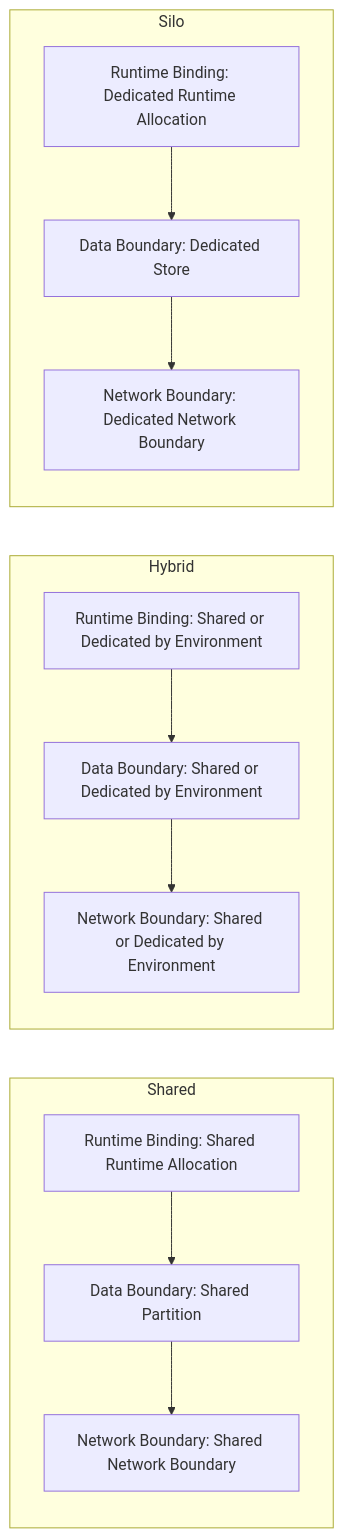
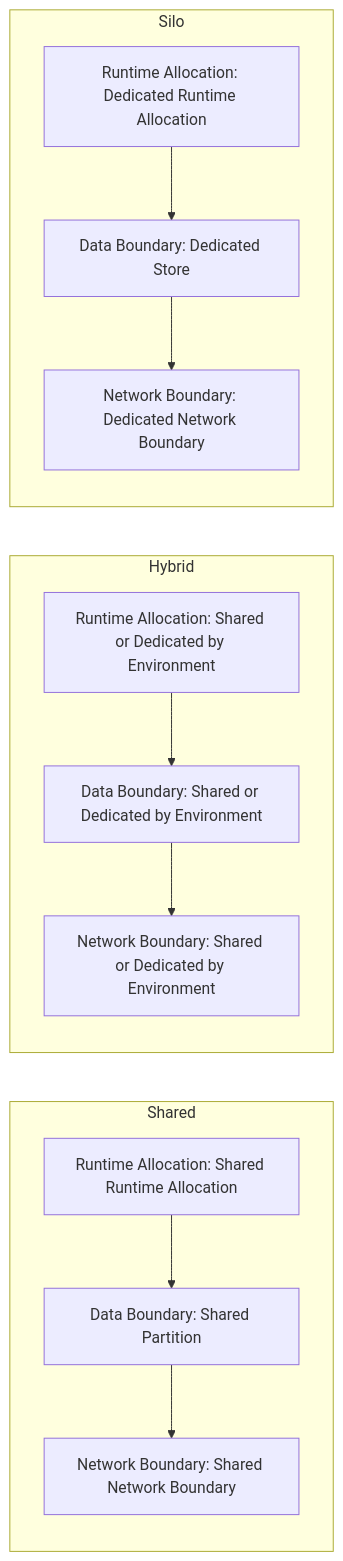
Before and after one commit to stefan-karlsson/software-architecture: the diagram in documentation/arc42/07_deployment_view.adoc, drawn with Mermaid. The commit also changed other lines of this file and 25 other files, not shown here.

First line of the commit message:
feat: Refactor architecture documentation for Platform Control Plane

```diff
--- a/documentation/arc42/07_deployment_view.adoc
+++ b/documentation/arc42/07_deployment_view.adoc
@@ -11,24 +11,24 @@
 [mermaid, format=svg]
 ....
 flowchart LR
   subgraph Shared["Shared"]
-    SR["Runtime Binding: Shared Runtime Allocation"]
+    SR["Runtime Allocation: Shared Runtime Allocation"]
     SD["Data Boundary: Shared Partition"]
     SN["Network Boundary: Shared Network Boundary"]
     SR --> SD --> SN
   end
 
   subgraph Hybrid["Hybrid"]
-    HR["Runtime Binding: Shared or Dedicated by Environment"]
+    HR["Runtime Allocation: Shared or Dedicated by Environment"]
     HD["Data Boundary: Shared or Dedicated by Environment"]
     HN["Network Boundary: Shared or Dedicated by Environment"]
     HR --> HD --> HN
   end
 
   subgraph Silo["Silo"]
-    XR["Runtime Binding: Dedicated Runtime Allocation"]
+    XR["Runtime Allocation: Dedicated Runtime Allocation"]
     XD["Data Boundary: Dedicated Store"]
     XN["Network Boundary: Dedicated Network Boundary"]
     XR --> XD --> XN
   end
 ....
```
